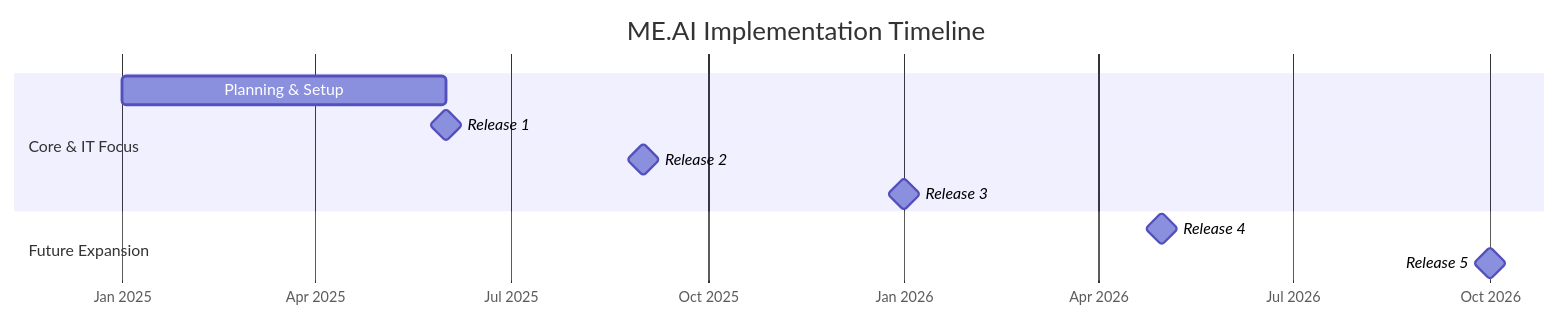
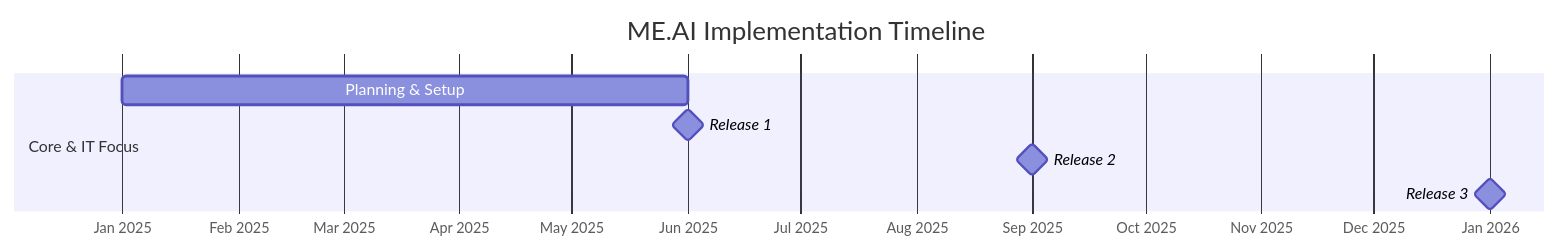
One commit to ME-ai-agents/docs_prod changed the first of 10 diagrams in ME.ai_FDD_Impl Strategy & Business Value.md. Above: the diagram before and after it, drawn with Mermaid. The commit also changed other lines of this file, not shown here.

````diff
--- a/ME.ai_FDD_Impl Strategy & Business Value.md
+++ b/ME.ai_FDD_Impl Strategy & Business Value.md
@@ -14,16 +14,12 @@
 ```mermaid
 gantt
     title ME.AI Implementation Timeline
     dateFormat YYYY-MM
     axisFormat %b %Y
     
     section Core & IT Focus
     Planning & Setup             :a1, 2025-01, 5M
     Release 1                    :milestone, r1, 2025-06, 0M
     Release 2                    :milestone, r2, 2025-09, 0M
     Release 3                    :milestone, r3, 2026-01, 0M
-    
-    section Future Expansion
-    Release 4                    :milestone, r4, 2026-05, 0M
-    Release 5                    :milestone, r5, 2026-10, 0M
 ```
````
